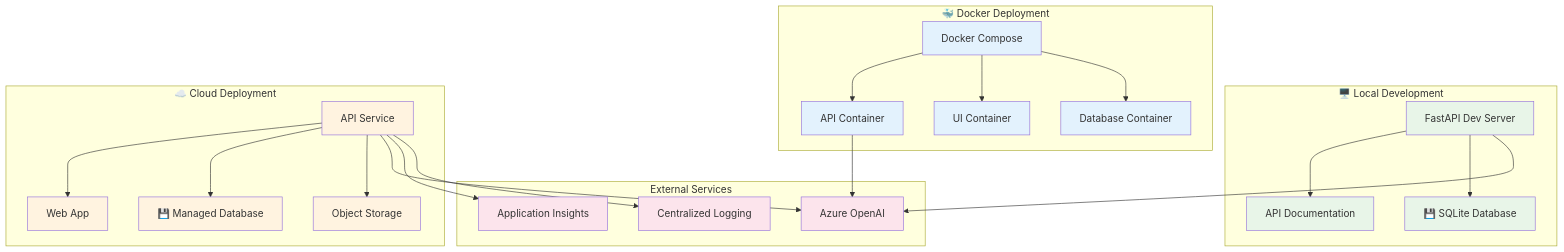
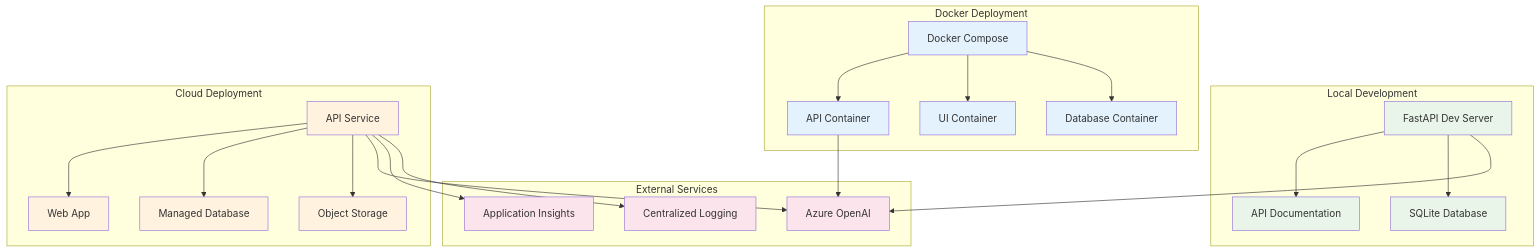
One commit to the-ingenious-dark-knight/Insight_Ingenious changed diagram 11 of 13 in docs/architecture/README.md. Above: the diagram before and after it, drawn with Mermaid. The commit also changed other lines of this file and 17 other files, not shown here.

````diff
--- a/docs/architecture/README.md
+++ b/docs/architecture/README.md
@@ -583,56 +576,56 @@
 ```mermaid
 graph TB
-    subgraph "🖥️ Local Development"
-        LOCAL_API[ FastAPI Dev Server]
-        LOCAL_DOCS[ API Documentation]
-        LOCAL_DB[💾 SQLite Database]
+    subgraph "Local Development"
+        LOCAL_API[FastAPI Dev Server]
+        LOCAL_DOCS[API Documentation]
+        LOCAL_DB[SQLite Database]
     end
 
-    subgraph "🐳 Docker Deployment"
-        DOCKER_API[ API Container]
-        DOCKER_UI[ UI Container]
-        DOCKER_DB[ Database Container]
-        DOCKER_COMPOSE[ Docker Compose]
+    subgraph "Docker Deployment"
+        DOCKER_API[API Container]
+        DOCKER_UI[UI Container]
+        DOCKER_DB[Database Container]
+        DOCKER_COMPOSE[Docker Compose]
     end
 
-    subgraph "☁️ Cloud Deployment"
-        CLOUD_API[ API Service]
-        CLOUD_UI[ Web App]
-        CLOUD_DB[💾 Managed Database]
-        CLOUD_STORAGE[ Object Storage]
+    subgraph "Cloud Deployment"
+        CLOUD_API[API Service]
+        CLOUD_UI[Web App]
+        CLOUD_DB[Managed Database]
+        CLOUD_STORAGE[Object Storage]
     end
 
-    subgraph " External Services"
-        AZURE_OPENAI[ Azure OpenAI]
-        MONITORING[ Application Insights]
-        LOGGING[ Centralized Logging]
+    subgraph "External Services"
+        AZURE_OPENAI[Azure OpenAI]
+        MONITORING[Application Insights]
+        LOGGING[Centralized Logging]
     end
 
     LOCAL_API --> LOCAL_DOCS
     LOCAL_API --> LOCAL_DB
 
     DOCKER_COMPOSE --> DOCKER_API
     DOCKER_COMPOSE --> DOCKER_UI
     DOCKER_COMPOSE --> DOCKER_DB
 
     CLOUD_API --> CLOUD_UI
     CLOUD_API --> CLOUD_DB
     CLOUD_API --> CLOUD_STORAGE
 
     LOCAL_API --> AZURE_OPENAI
     DOCKER_API --> AZURE_OPENAI
     CLOUD_API --> AZURE_OPENAI
 
     CLOUD_API --> MONITORING
     CLOUD_API --> LOGGING
 
     classDef local fill:#e8f5e8
     classDef docker fill:#e3f2fd
     classDef cloud fill:#fff3e0
     classDef external fill:#fce4ec
 
     class LOCAL_API,LOCAL_DOCS,LOCAL_DB local
     class DOCKER_API,DOCKER_UI,DOCKER_DB,DOCKER_COMPOSE docker
     class CLOUD_API,CLOUD_UI,CLOUD_DB,CLOUD_STORAGE cloud
     class AZURE_OPENAI,MONITORING,LOGGING external
 ```
````
